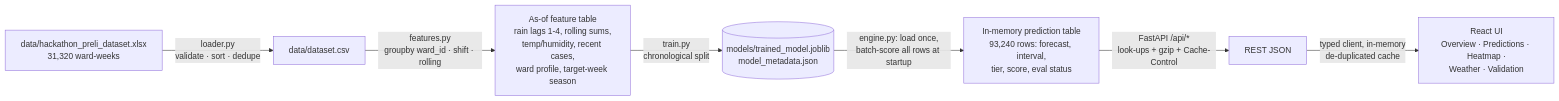
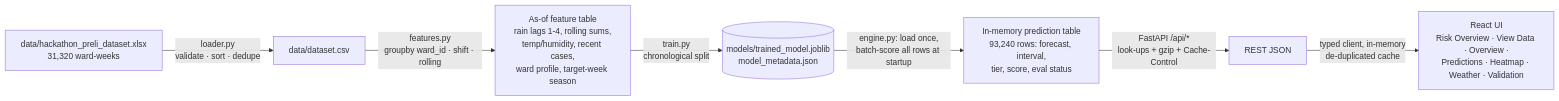
Before and after one commit to ByteStudiosBD/AI-for-Urban-Dengue-Outbreak: the diagram in ARCHITECTURE.md, drawn with Mermaid. The commit also changed other lines of this file and 4 other files, not shown here.

Commit message:
Document Risk Overview and View Data, update demo script and smoke test

````diff
--- a/ARCHITECTURE.md
+++ b/ARCHITECTURE.md
@@ -7,9 +7,9 @@
 ```mermaid
 flowchart LR
   X[data/hackathon_preli_dataset.xlsx<br/>31,320 ward-weeks] -->|loader.py<br/>validate · sort · dedupe| CSV[data/dataset.csv]
   CSV -->|features.py<br/>groupby ward_id · shift · rolling| F[As-of feature table<br/>rain lags 1-4, rolling sums,<br/>temp/humidity, recent cases,<br/>ward profile, target-week season]
   F -->|train.py<br/>chronological split| M[(models/trained_model.joblib<br/>model_metadata.json)]
   M -->|engine.py: load once,<br/>batch-score all rows at startup| T[In-memory prediction table<br/>93,240 rows: forecast, interval,<br/>tier, score, eval status]
   T -->|FastAPI /api/*<br/>look-ups + gzip + Cache-Control| API[REST JSON]
-  API -->|typed client, in-memory<br/>de-duplicated cache| UI[React UI<br/>Overview · Predictions · Heatmap ·<br/>Weather · Validation]
+  API -->|typed client, in-memory<br/>de-duplicated cache| UI[React UI<br/>Risk Overview · View Data · Overview ·<br/>Predictions · Heatmap · Weather · Validation]
 ```
````
